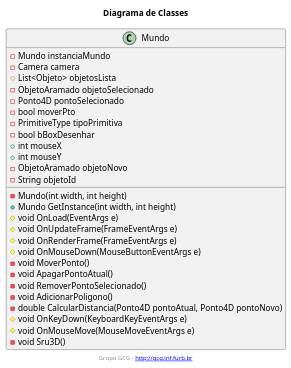
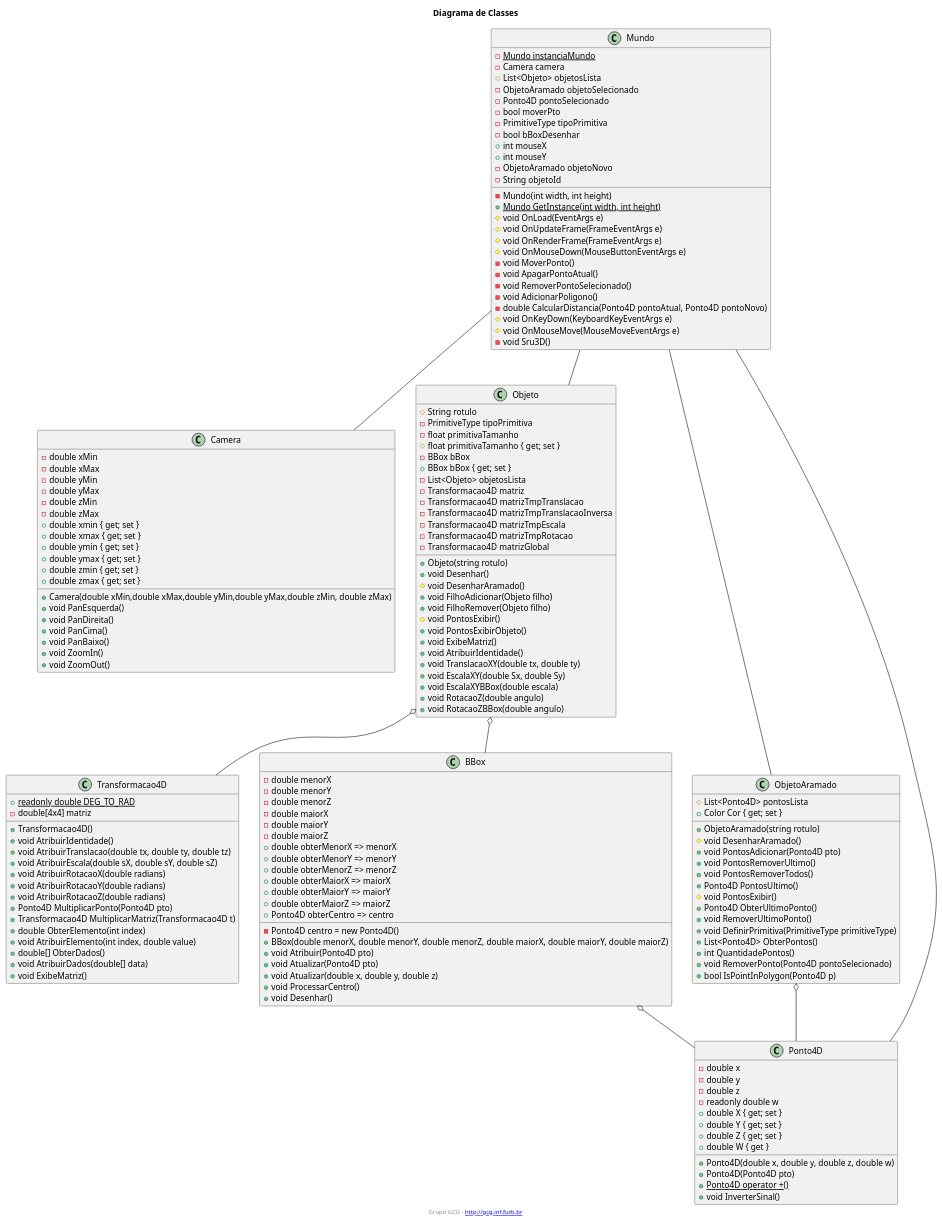
Before and after one commit to franciscosens/bcc-computacao-grafica-tr3: the diagram in CG_Trabalho/docs/umlClasses.wsd, drawn with PlantUML. The commit also changed 3 other files, not shown here.

Commit message:
Diagrama de classes

```diff
--- a/CG_Trabalho/docs/umlClasses.wsd
+++ b/CG_Trabalho/docs/umlClasses.wsd
@@ -2,34 +2,157 @@
 @startuml CG_Biblioteca
 
 title Diagrama de Classes
 footer Grupo GCG - [[http://gcg.inf.furb.br]]
 
-Mundo : - Mundo instanciaMundo
+Camera : - double xMin
+Camera : - double xMax
+Camera : - double yMin
+Camera : - double yMax
+Camera : - double zMin
+Camera : - double zMax
+Camera : + Camera(double xMin,double xMax,double yMin,double yMax,double zMin, double zMax)
+Camera : + double xmin { get; set }
+Camera : + double xmax { get; set }
+Camera : + double ymin { get; set }
+Camera : + double ymax { get; set }
+Camera : + double zmin { get; set }
+Camera : + double zmax { get; set }
+Camera : + void PanEsquerda()
+Camera : + void PanDireita()
+Camera : + void PanCima()
+Camera : + void PanBaixo()
+Camera : + void ZoomIn()
+Camera : + void ZoomOut()
+
+Transformacao4D : {static} + readonly double DEG_TO_RAD
+Transformacao4D : -double[4x4] matriz
+Transformacao4D : +Transformacao4D()
+Transformacao4D : +void AtribuirIdentidade()
+Transformacao4D : +void AtribuirTranslacao(double tx, double ty, double tz)
+Transformacao4D : +void AtribuirEscala(double sX, double sY, double sZ)
+Transformacao4D : +void AtribuirRotacaoX(double radians)
+Transformacao4D : +void AtribuirRotacaoY(double radians)
+Transformacao4D : +void AtribuirRotacaoZ(double radians)
+Transformacao4D : +Ponto4D MultiplicarPonto(Ponto4D pto)
+Transformacao4D : +Transformacao4D MultiplicarMatriz(Transformacao4D t)
+Transformacao4D : +double ObterElemento(int index)
+Transformacao4D : +void AtribuirElemento(int index, double value)
+Transformacao4D : +double[] ObterDados()
+Transformacao4D : +void AtribuirDados(double[] data)
+Transformacao4D : +void ExibeMatriz()
+
+Mundo : - {static} Mundo instanciaMundo
 Mundo : - Camera camera
 Mundo : # List<Objeto> objetosLista
 Mundo : - ObjetoAramado objetoSelecionado
 Mundo : - Ponto4D pontoSelecionado
 Mundo : - bool moverPto
 Mundo : - PrimitiveType tipoPrimitiva
 Mundo : - bool bBoxDesenhar
 Mundo : + int mouseX
 Mundo : + int mouseY
 Mundo : - ObjetoAramado objetoNovo
 Mundo : - String objetoId
-
 Mundo : - Mundo(int width, int height)
-Mundo : + Mundo GetInstance(int width, int height)
+Mundo : + {static} Mundo GetInstance(int width, int height)
 Mundo : # void OnLoad(EventArgs e)
 Mundo : # void OnUpdateFrame(FrameEventArgs e)
 Mundo : # void OnRenderFrame(FrameEventArgs e)
 Mundo : # void OnMouseDown(MouseButtonEventArgs e)
 Mundo : - void MoverPonto()
 Mundo : - void ApagarPontoAtual()
 Mundo : - void RemoverPontoSelecionado()
 Mundo : - void AdicionarPoligono()
 Mundo : - double CalcularDistancia(Ponto4D pontoAtual, Ponto4D pontoNovo)
 Mundo : # void OnKeyDown(KeyboardKeyEventArgs e)
 Mundo : # void OnMouseMove(MouseMoveEventArgs e)
 Mundo : - void Sru3D()
+Mundo -- Camera
+Mundo -- Objeto
+Mundo -- ObjetoAramado
+Mundo -- Ponto4D
+
+Objeto : # String rotulo
+Objeto : - PrimitiveType tipoPrimitiva
+Objeto : - float primitivaTamanho
+Objeto : # float primitivaTamanho { get; set }
+Objeto : - BBox bBox
+Objeto : + BBox bBox { get; set }
+Objeto : - List<Objeto> objetosLista
+Objeto : - Transformacao4D matriz
+Objeto : - Transformacao4D matrizTmpTranslacao
+Objeto : - Transformacao4D matrizTmpTranslacaoInversa
+Objeto : - Transformacao4D matrizTmpEscala
+Objeto : - Transformacao4D matrizTmpRotacao
+Objeto : - Transformacao4D matrizGlobal
+Objeto : + Objeto(string rotulo)
+Objeto : + void Desenhar()
+Objeto : # void DesenharAramado()
+Objeto : + void FilhoAdicionar(Objeto filho)
+Objeto : + void FilhoRemover(Objeto filho)
+Objeto : # void PontosExibir()
+Objeto : + void PontosExibirObjeto()
+Objeto : + void ExibeMatriz()
+Objeto : + void AtribuirIdentidade()
+Objeto : + void TranslacaoXY(double tx, double ty)
+Objeto : + void EscalaXY(double Sx, double Sy)
+Objeto : + void EscalaXYBBox(double escala)
+Objeto : + void RotacaoZ(double angulo)
+Objeto : + void RotacaoZBBox(double angulo)
+Objeto o-- BBox
+Objeto o-- Transformacao4D
+
+Ponto4D : - double x
+Ponto4D : - double y
+Ponto4D : - double z
+Ponto4D : - readonly double w
+Ponto4D : + Ponto4D(double x, double y, double z, double w)
+Ponto4D : + Ponto4D(Ponto4D pto)
+Ponto4D : + {static} Ponto4D operator +()
+Ponto4D : + double X { get; set }
+Ponto4D : + double Y { get; set }
+Ponto4D : + double Z { get; set }
+Ponto4D : + double W { get }
+Ponto4D : + void InverterSinal()
+
+ObjetoAramado : # List<Ponto4D> pontosLista
+ObjetoAramado : + Color Cor { get; set }
+ObjetoAramado : + ObjetoAramado(string rotulo)
+ObjetoAramado : # void DesenharAramado()
+ObjetoAramado : + void PontosAdicionar(Ponto4D pto)
+ObjetoAramado : + void PontosRemoverUltimo()
+ObjetoAramado : + void PontosRemoverTodos()
+ObjetoAramado : + Ponto4D PontosUltimo()
+ObjetoAramado : # void PontosExibir()
+ObjetoAramado : + Ponto4D ObterUltimoPonto()
+ObjetoAramado : + void RemoverUltimoPonto()
+ObjetoAramado : + void DefinirPrimitiva(PrimitiveType primitiveType)
+ObjetoAramado : + List<Ponto4D> ObterPontos()
+ObjetoAramado : + int QuantidadePontos()
+ObjetoAramado : + void RemoverPonto(Ponto4D pontoSelecionado)
+ObjetoAramado : + bool IsPointInPolygon(Ponto4D p)
+ObjetoAramado o-- Ponto4D
+
+BBox : - double menorX
+BBox : - double menorY
+BBox : - double menorZ
+BBox : - double maiorX
+BBox : - double maiorY
+BBox : - double maiorZ
+BBox : - Ponto4D centro = new Ponto4D()
+BBox : + BBox(double menorX, double menorY, double menorZ, double maiorX, double maiorY, double maiorZ)
+BBox : + void Atribuir(Ponto4D pto)
+BBox : + void Atualizar(Ponto4D pto)
+BBox : + void Atualizar(double x, double y, double z)
+BBox : + void ProcessarCentro()
+BBox : + void Desenhar()
+BBox : + double obterMenorX => menorX
+BBox : + double obterMenorY => menorY
+BBox : + double obterMenorZ => menorZ
+BBox : + double obterMaiorX => maiorX
+BBox : + double obterMaiorY => maiorY
+BBox : + double obterMaiorZ => maiorZ
+BBox : + Ponto4D obterCentro => centro
+BBox o-- Ponto4D
 
 @enduml
```
